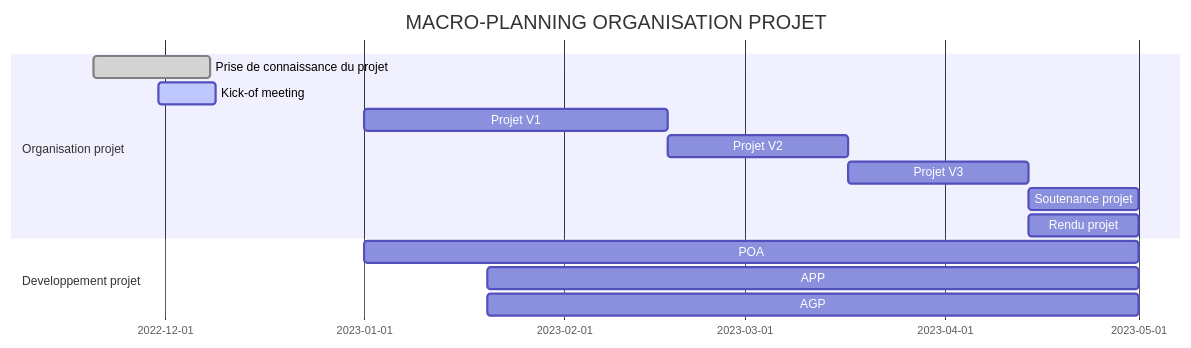
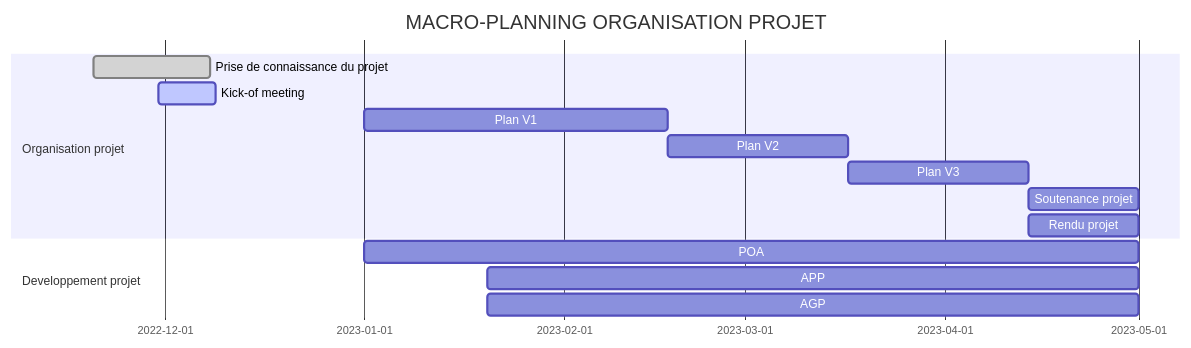
One commit to Gowthraven/Projet-Backlog changed the first of 2 diagrams in README.md. Above: the diagram before and after it, drawn with Mermaid. The commit also changed other lines of this file, not shown here.

````diff
--- a/README.md
+++ b/README.md
@@ -87,20 +89,20 @@
 ```mermaid
 gantt
 dateFormat  YYYY-MM-DD
 
 title MACRO-PLANNING ORGANISATION PROJET
 
 section Organisation projet
 Prise de connaissance du projet            :done,    des1, 2022-11-20,18d
 Kick-of meeting               :active,  des2, 2022-11-30,9d
-Projet V1               	:         des3, 2023-01-01,2023-02-17
-Projet V2                :        des4, 2023-02-17,2023-03-17
-Projet V3                 :        des5, 2023-03-17,2023-04-14
+Plan V1               	:         des3, 2023-01-01,2023-02-17
+Plan V2                :        des4, 2023-02-17,2023-03-17
+Plan V3                 :        des5, 2023-03-17,2023-04-14
 Soutenance projet                :        after des5,2023-05-01
 Rendu projet                :        after des5,2023-05-01
 
 section Developpement projet
 POA               :2023-01-01,2023-05-01
 APP      :2023-01-20,2023-05-01
 AGP    :2023-01-20,2023-05-01
 ```
````
